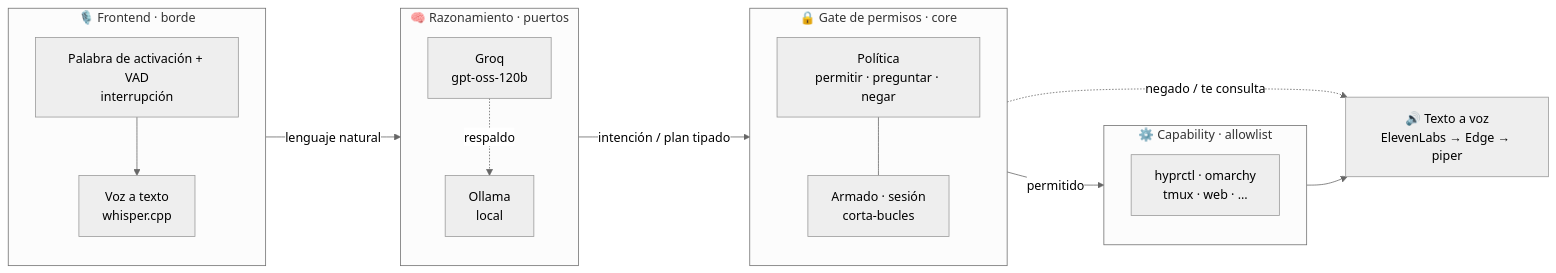
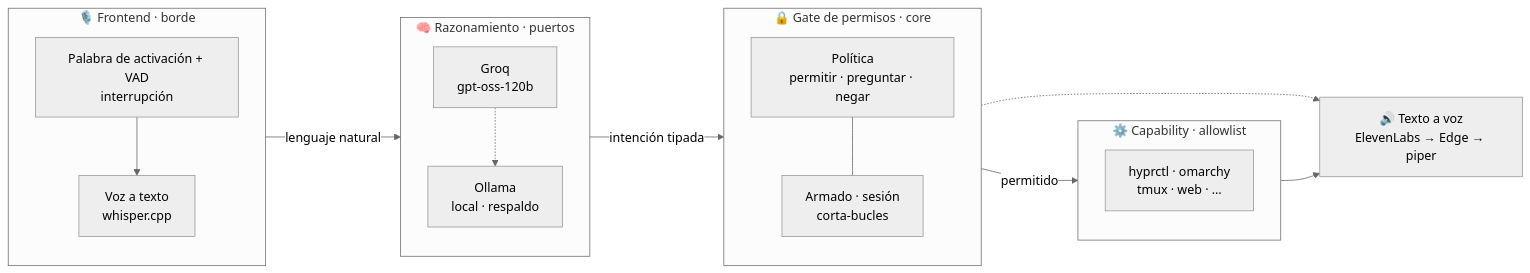
The first of 3 diagrams in README.es.md (xebastian153/hyprvalet), drawn with Mermaid (neutral theme) before and after one commit. The commit also changed other lines of this file and 1 other file, not shown here.

Commit message:
docs(readme): use render-safe Mermaid edge syntax
Validated the diagrams against a Mermaid renderer: dotted-labeled edges
(`-. "x" .->`) and HTML `<i>` in node labels can fail to render. Replaced
them with solid labeled edges, plain dotted edges, and node-baked labels
so all three diagrams render cleanly on GitHub in both languages.

````diff
--- a/README.es.md
+++ b/README.es.md
@@ -47,28 +47,28 @@
 ```mermaid
 flowchart LR
     subgraph FE["🎙️ Frontend · borde"]
         direction TB
         WW["Palabra de activación + VAD<br/>interrupción"] --> STT["Voz a texto<br/>whisper.cpp"]
     end
 
     subgraph BR["🧠 Razonamiento · puertos"]
         direction TB
-        GQ["Groq<br/>gpt-oss-120b"] -. "respaldo" .-> OL["Ollama<br/>local"]
+        GQ["Groq<br/>gpt-oss-120b"] -.-> OL["Ollama<br/>local · respaldo"]
     end
 
     subgraph GT["🔒 Gate de permisos · core"]
         direction TB
         PO["Política<br/>permitir · preguntar · negar"] --- AR["Armado · sesión<br/>corta-bucles"]
     end
 
     subgraph EX["⚙️ Capability · allowlist"]
         direction TB
         CA["hyprctl · omarchy<br/>tmux · web · …"]
     end
 
-    STT -->|"lenguaje natural"| BR
-    BR -->|"intención / plan tipado"| GT
-    GT -->|"permitido"| EX
-    GT -. "negado / te consulta" .-> TTS
+    STT -->|lenguaje natural| BR
+    BR -->|intención tipada| GT
+    GT -->|permitido| EX
+    GT -.-> TTS
     EX --> TTS["🔊 Texto a voz<br/>ElevenLabs → Edge → piper"]
 ```
````
